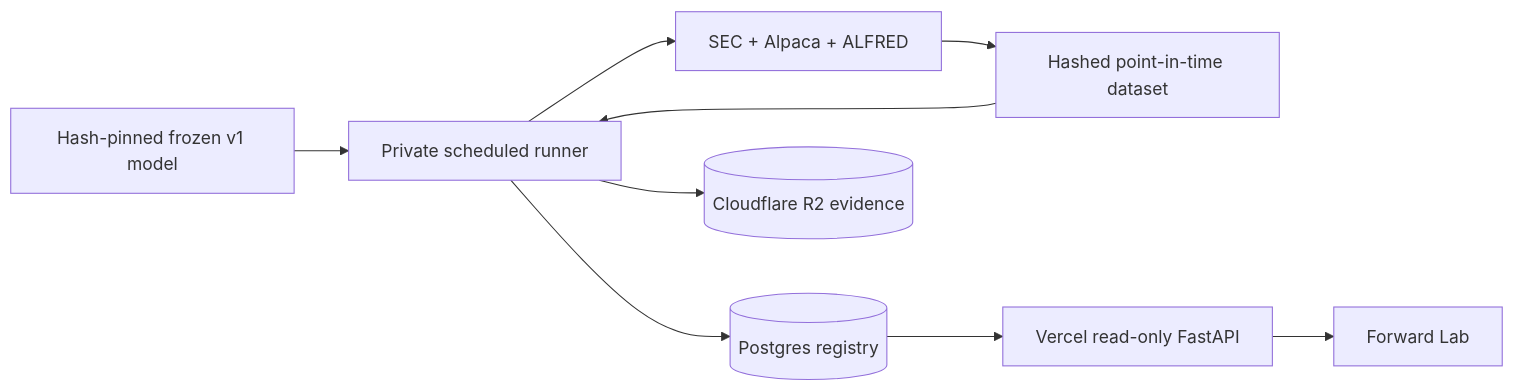
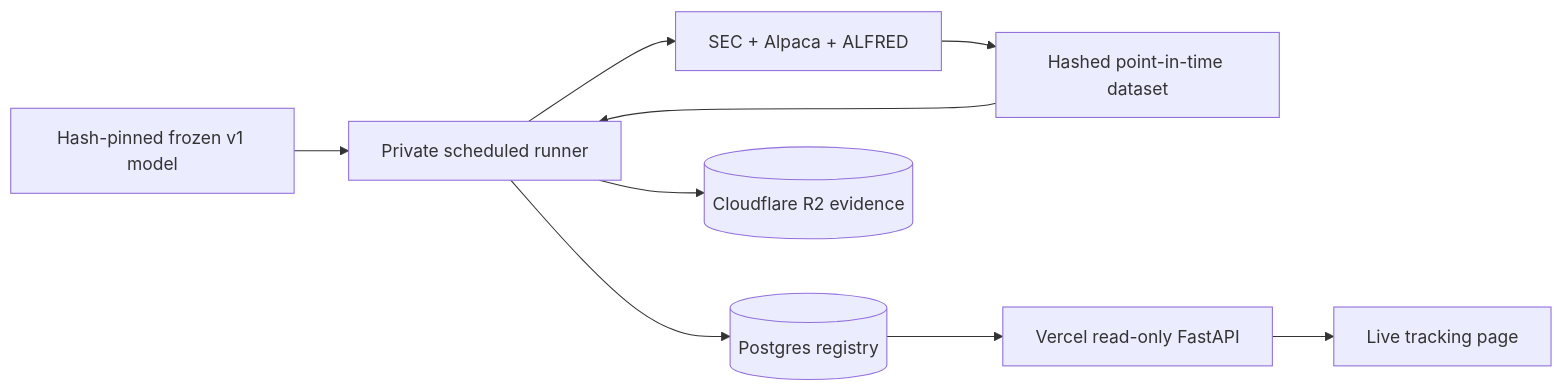
Before and after one commit to hoangnguyen2003/edgar-moe: the diagram in docs/forward-testing.md, drawn with Mermaid. The commit also changed other lines of this file and 60 other files, not shown here.

````diff
--- a/docs/forward-testing.md
+++ b/docs/forward-testing.md
@@ -47,11 +47,11 @@
 ```mermaid
 flowchart LR
   JOB[Private scheduled runner] --> DATA[SEC + Alpaca + ALFRED]
   DATA --> DS[Hashed point-in-time dataset]
   MODEL[Hash-pinned frozen v1 model] --> JOB
   DS --> JOB
   JOB --> PG[(Postgres registry)]
   JOB --> R2[(Cloudflare R2 evidence)]
   PG --> API[Vercel read-only FastAPI]
-  API --> UI[Forward Lab]
+  API --> UI[Live tracking page]
 ```
````
